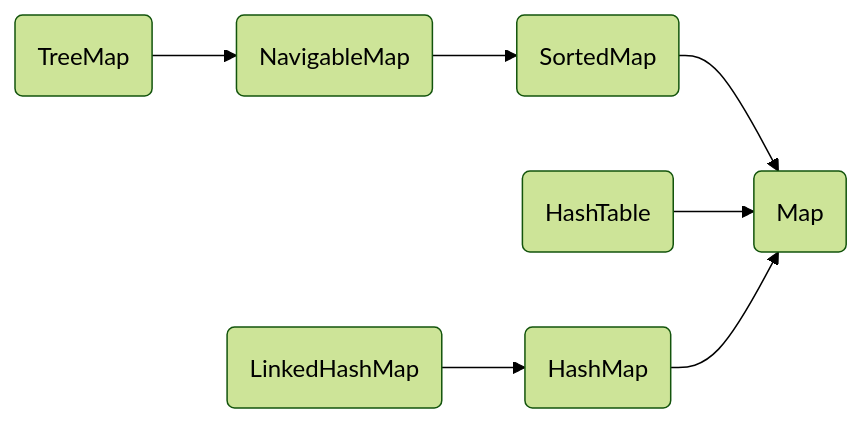
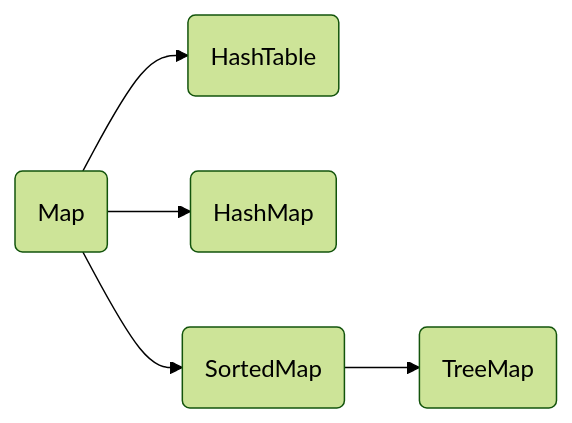
Before and after one commit to DeokgyunSHIN/object_oriented_language_Info: the second of 2 diagrams in Collection/Collection.md, drawn with Mermaid (forest theme). The commit also changed other lines of this file, not shown here.

````diff
--- a/Collection/Collection.md
+++ b/Collection/Collection.md
@@ -46,10 +46,8 @@
 ```mermaid
 graph LR
+A(Map)-->B(HashTable)
+A-->C(HashMap)
+A-->D(SortedMap)
+D-->E(TreeMap)
 
-A(TreeMap)-->B(NavigableMap)
-B-->C(SortedMap)
-C-->D(Map)
-E(LinkedHashMap)-->F(HashMap)
-G(HashTable)-->D
-F-->D
 ```
````
